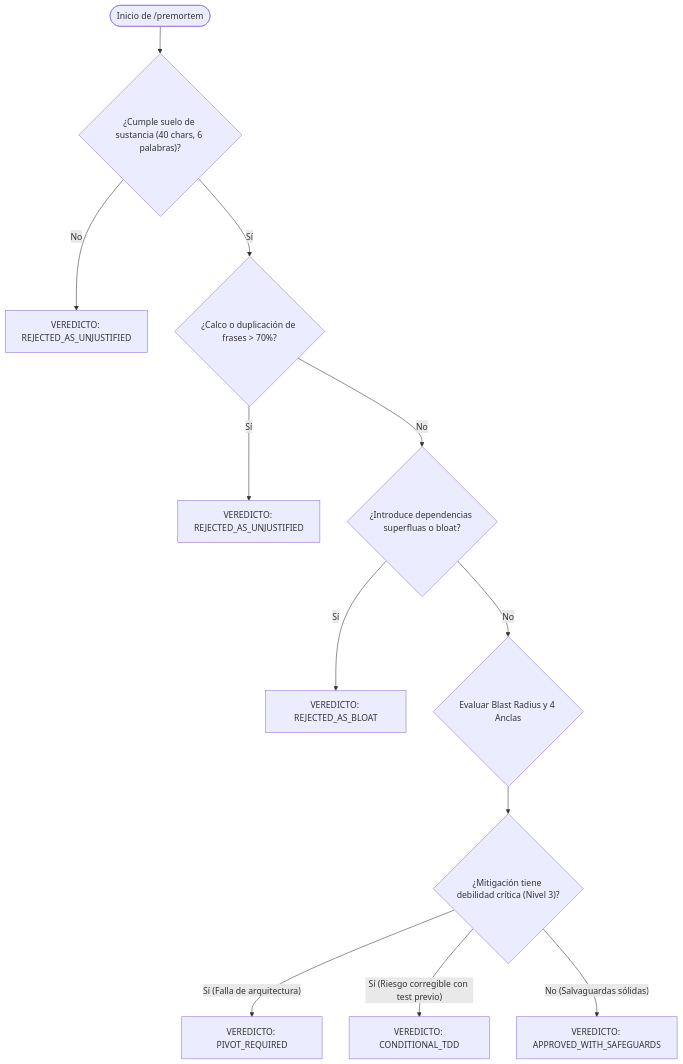
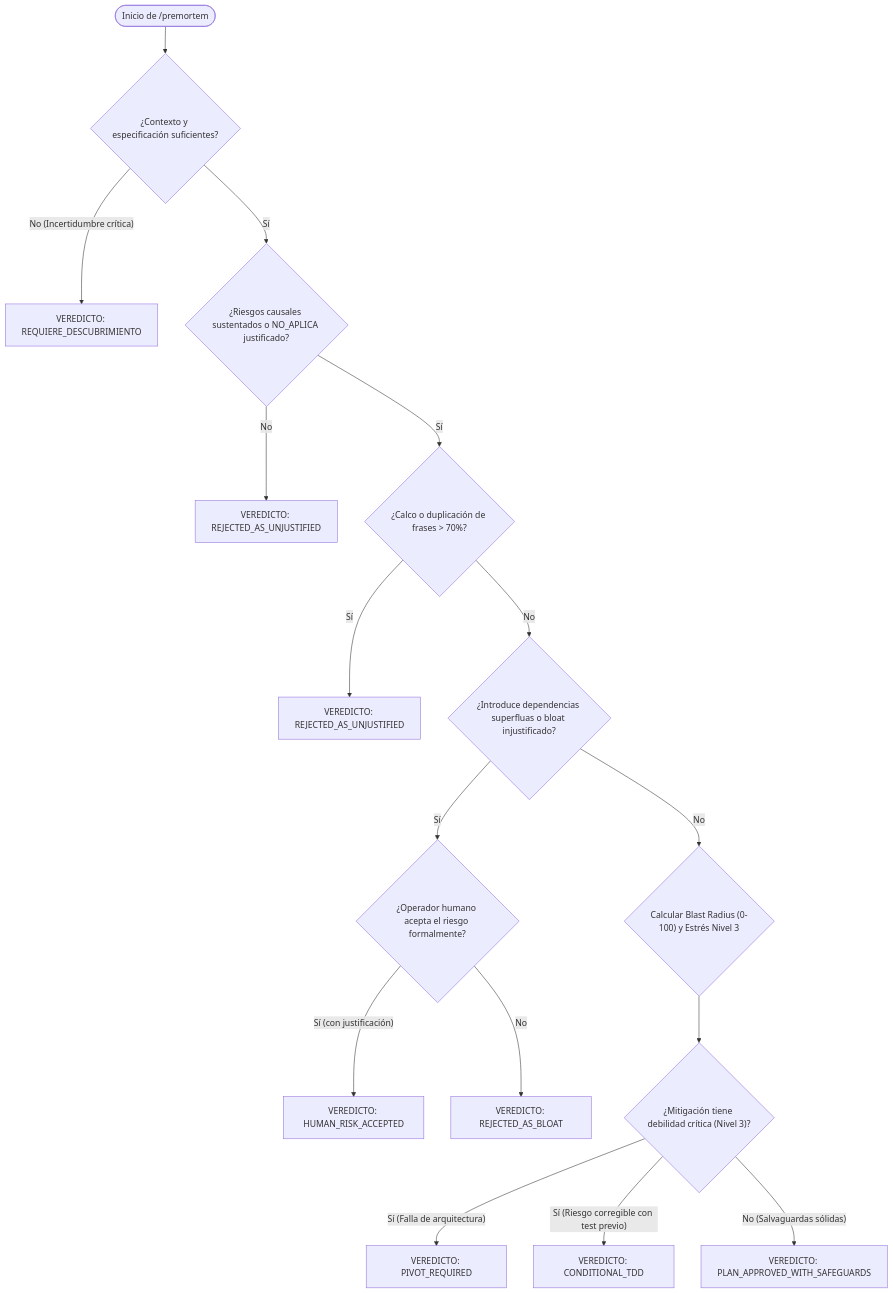
Before and after one commit to Acourd/axion-protocol: the diagram in .agents/skills/premortem/SKILL.md, drawn with Mermaid. The commit also changed other lines of this file and 13 other files, not shown here.

Commit message:
feat(premortem): rediseño v3.2.0 según auditoría Linear (7 invariantes, blast radius acotado, HUMAN_RISK_ACCEPTED y REQUIERE_DESCUBRIMIENTO)

````diff
--- a/.agents/skills/premortem/SKILL.md
+++ b/.agents/skills/premortem/SKILL.md
@@ -103,14 +114,18 @@
 ```mermaid
 flowchart TD
-    Start(["Inicio de /premortem"]) --> CheckSustancia{"¿Cumple suelo de sustancia (40 chars, 6 palabras)?"}
+    Start(["Inicio de /premortem"]) --> CheckContext{"¿Contexto y especificación suficientes?"}
+    CheckContext -- "No (Incertidumbre crítica)" --> V_DISCOVERY["VEREDICTO: REQUIERE_DESCUBRIMIENTO"]
+    CheckContext -- "Sí" --> CheckSustancia{"¿Riesgos causales sustentados o NO_APLICA justificado?"}
     CheckSustancia -- "No" --> V_UNJUST["VEREDICTO: REJECTED_AS_UNJUSTIFIED"]
     CheckSustancia -- "Sí" --> CheckCalco{"¿Calco o duplicación de frases > 70%?"}
     CheckCalco -- "Sí" --> V_UNJUST2["VEREDICTO: REJECTED_AS_UNJUSTIFIED"]
-    CheckCalco -- "No" --> CheckBloat{"¿Introduce dependencias superfluas o bloat?"}
-    CheckBloat -- "Sí" --> V_BLOAT["VEREDICTO: REJECTED_AS_BLOAT"]
-    CheckBloat -- "No" --> EvalRadius{"Evaluar Blast Radius y 4 Anclas"}
+    CheckCalco -- "No" --> CheckBloat{"¿Introduce dependencias superfluas o bloat injustificado?"}
+    CheckBloat -- "Sí" --> CheckHumanBloat{"¿Operador humano acepta el riesgo formalmente?"}
+    CheckHumanBloat -- "Sí (con justificación)" --> V_HUMAN["VEREDICTO: HUMAN_RISK_ACCEPTED"]
+    CheckHumanBloat -- "No" --> V_BLOAT["VEREDICTO: REJECTED_AS_BLOAT"]
+    CheckBloat -- "No" --> EvalRadius{"Calcular Blast Radius (0-100) y Estrés Nivel 3"}
     EvalRadius --> CheckMitig{"¿Mitigación tiene debilidad crítica (Nivel 3)?"}
     CheckMitig -- "Sí (Falla de arquitectura)" --> V_PIVOT["VEREDICTO: PIVOT_REQUIRED"]
     CheckMitig -- "Sí (Riesgo corregible con test previo)" --> V_TDD["VEREDICTO: CONDITIONAL_TDD"]
-    CheckMitig -- "No (Salvaguardas sólidas)" --> V_APP["VEREDICTO: APPROVED_WITH_SAFEGUARDS"]
+    CheckMitig -- "No (Salvaguardas sólidas)" --> V_APP["VEREDICTO: PLAN_APPROVED_WITH_SAFEGUARDS"]
 ```
````
